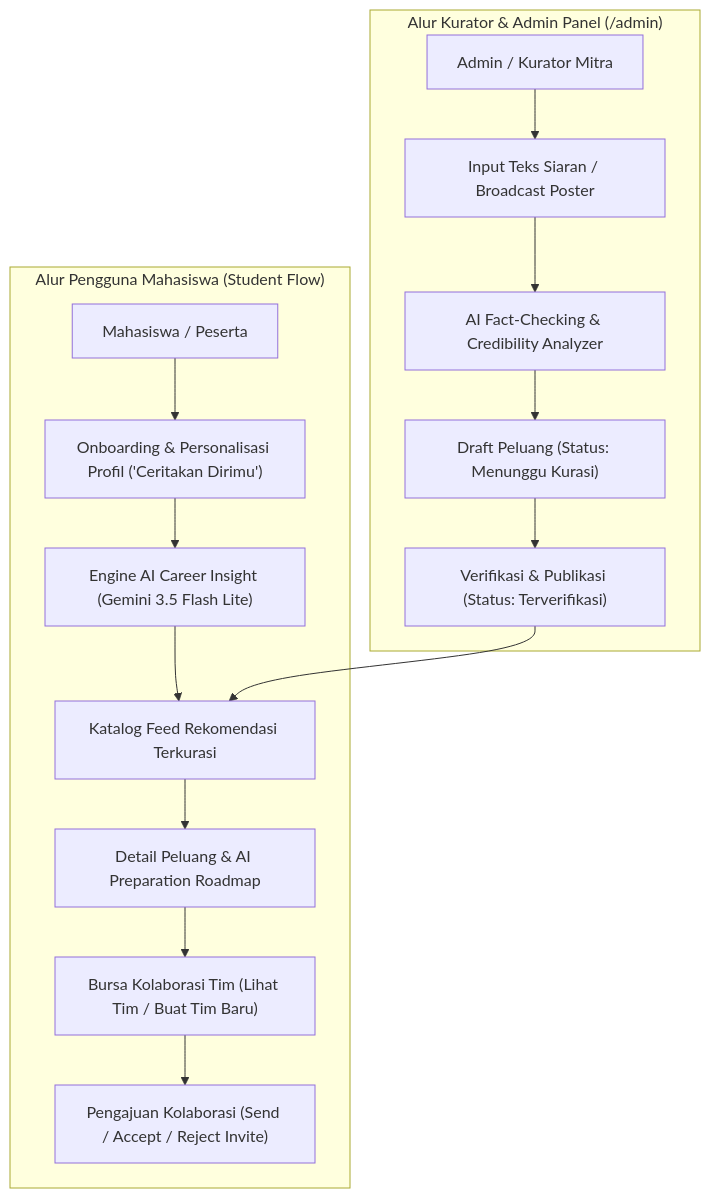
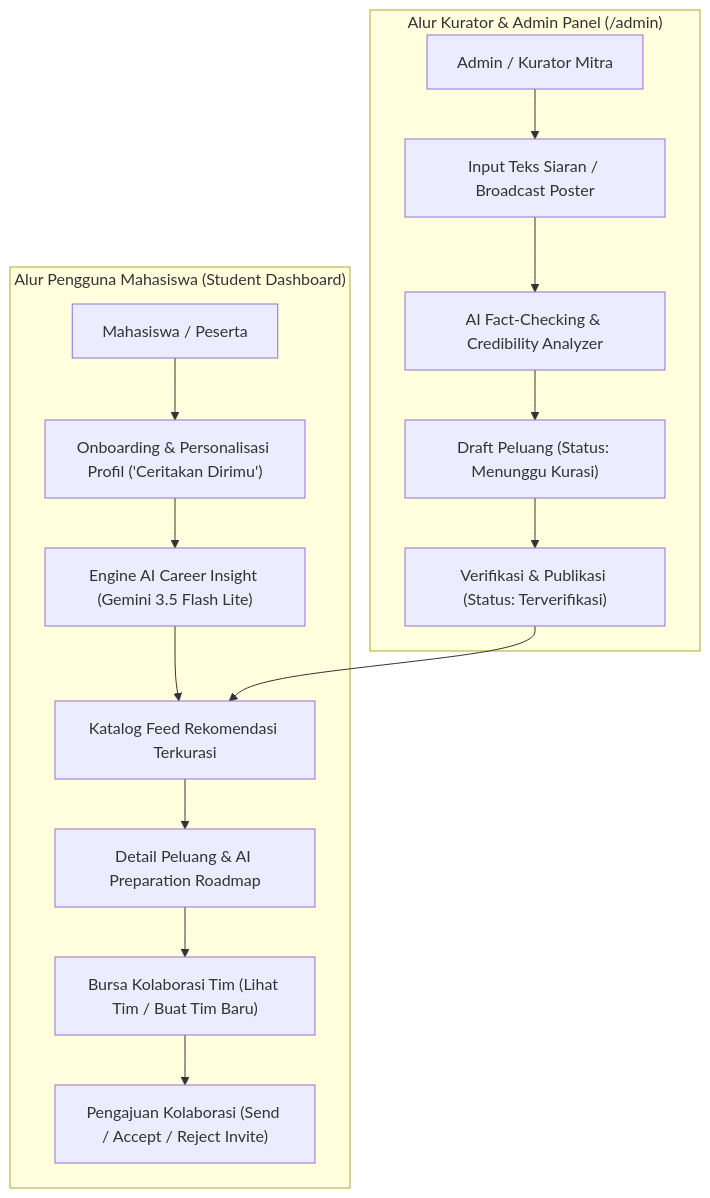
Before and after one commit to 4asec/explorAItion: the diagram in README.md, drawn with Mermaid. The commit also changed other lines of this file and 2 other files, not shown here.

````diff
--- a/README.md
+++ b/README.md
@@ -49,19 +62,19 @@
 ```mermaid
 flowchart TD
-  subgraph StudentFlow["Alur Pengguna Mahasiswa (Student Flow)"]
+  subgraph StudentFlow["Alur Pengguna Mahasiswa (Student Dashboard)"]
     A["Mahasiswa / Peserta"] --> B["Onboarding & Personalisasi Profil ('Ceritakan Dirimu')"]
     B --> C["Engine AI Career Insight (Gemini 3.5 Flash Lite)"]
     C --> D["Katalog Feed Rekomendasi Terkurasi"]
     D --> E["Detail Peluang & AI Preparation Roadmap"]
     E --> F["Bursa Kolaborasi Tim (Lihat Tim / Buat Tim Baru)"]
     F --> G["Pengajuan Kolaborasi (Send / Accept / Reject Invite)"]
   end
 
   subgraph CuratorFlow["Alur Kurator & Admin Panel (/admin)"]
     H["Admin / Kurator Mitra"] --> I["Input Teks Siaran / Broadcast Poster"]
     I --> J["AI Fact-Checking & Credibility Analyzer"]
     J --> K["Draft Peluang (Status: Menunggu Kurasi)"]
     K --> L["Verifikasi & Publikasi (Status: Terverifikasi)"]
     L --> D
   end
 ```
````
